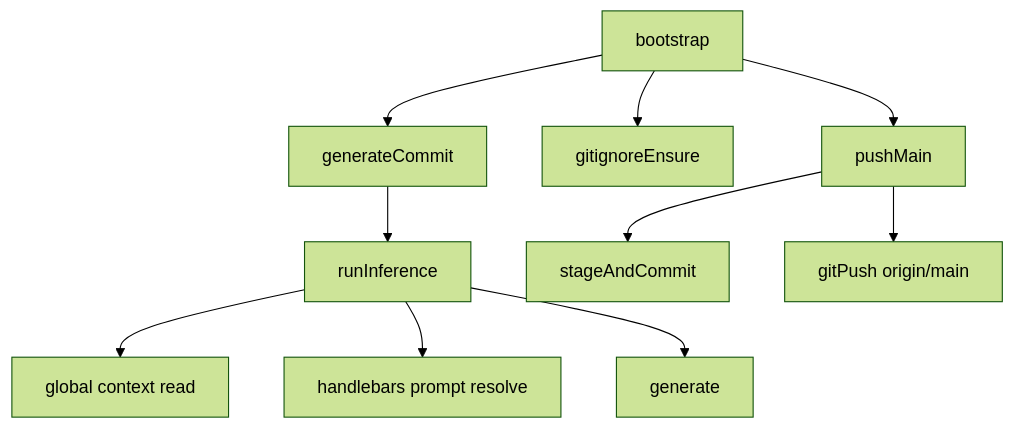
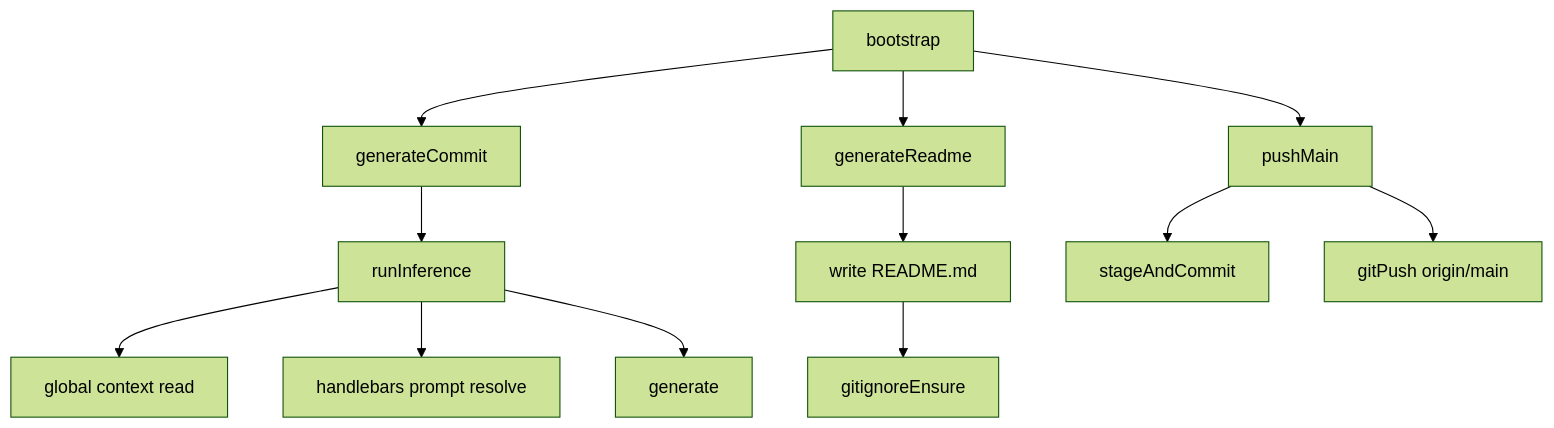
Before and after one commit to ex3ndr/holdmybeer: the diagram in doc/workflow-steps-expansion.md, drawn with Mermaid (forest theme). The commit also changed 4 other files, not shown here.

Commit message:
fix(bootstrap): ensure gitignore in readme phase before first commit

````diff
--- a/doc/workflow-steps-expansion.md
+++ b/doc/workflow-steps-expansion.md
@@ -7,12 +7,14 @@
 ```mermaid
 flowchart TD
   A[bootstrap] --> B[generateCommit]
   B --> C[runInference]
   C --> D[global context read]
   C --> E[handlebars prompt resolve]
   C --> F[generate]
-  A --> G[gitignoreEnsure]
-  A --> H[pushMain]
-  H --> I[stageAndCommit]
-  H --> J[gitPush origin/main]
+  A --> G[generateReadme]
+  G --> H[write README.md]
+  H --> I[gitignoreEnsure]
+  A --> J[pushMain]
+  J --> K[stageAndCommit]
+  J --> L[gitPush origin/main]
 ```
````
